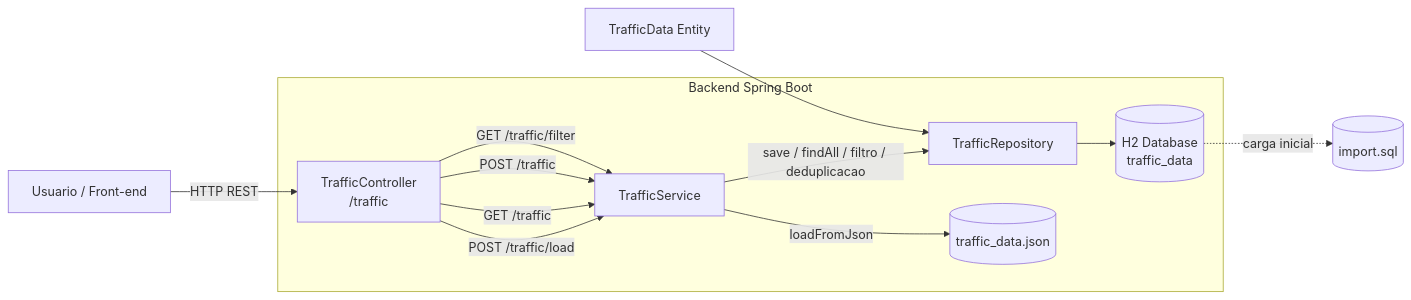
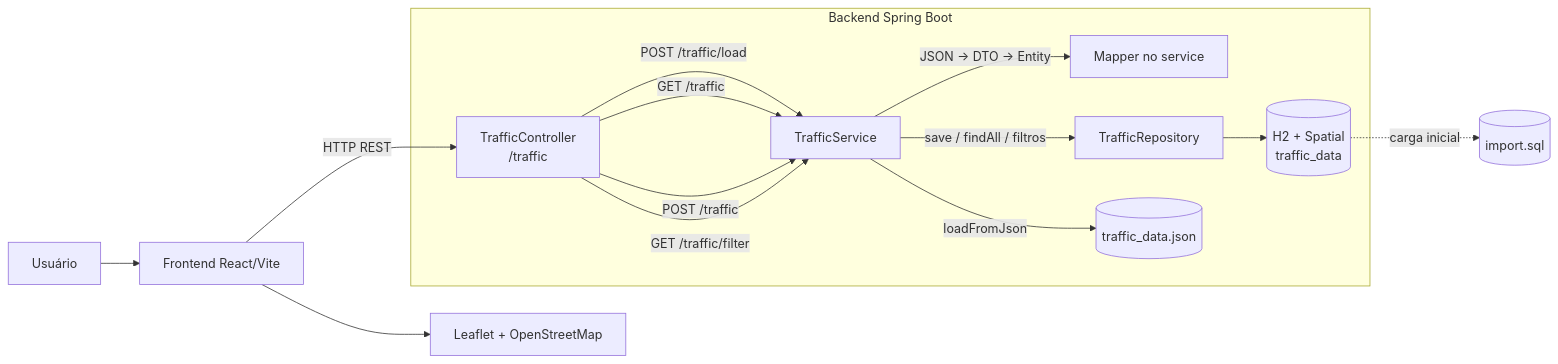
The diagram in README.md (No-Country-simulation/S03-26-Equipe-26-Web-App-Development), drawn with Mermaid before and after one commit. The commit also changed other lines of this file and 4 other files, not shown here.

````diff
--- a/README.md
+++ b/README.md
@@ -42,18 +52,20 @@
 ```mermaid
 flowchart LR
-    U[Usuario / Front-end] -->|HTTP REST| C[TrafficController<br/>/traffic]
+    U[Usuário] --> F[Frontend React/Vite]
+    F -->|HTTP REST| C[TrafficController<br/>/traffic]
 
     subgraph API["Backend Spring Boot"]
         C -->|POST /traffic/load| S[TrafficService]
         C -->|GET /traffic| S
         C -->|POST /traffic| S
         C -->|GET /traffic/filter| S
 
-        S -->|save / findAll / filtro / deduplicacao| R[TrafficRepository]
+        S -->|JSON -> DTO -> Entity| M[Mapper no service]
+        S -->|save / findAll / filtros| R[TrafficRepository]
         S -->|loadFromJson| J[(traffic_data.json)]
-        R --> D[(H2 Database<br/>traffic_data)]
+        R --> D[(H2 + Spatial<br/>traffic_data)]
     end
 
+    F --> L[Leaflet + OpenStreetMap]
     D -. carga inicial .-> SQL[(import.sql)]
-    E[TrafficData Entity] --> R
 ```
````
